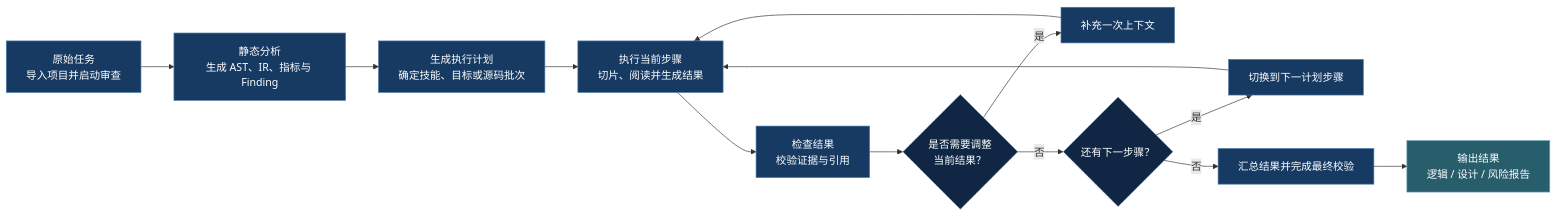
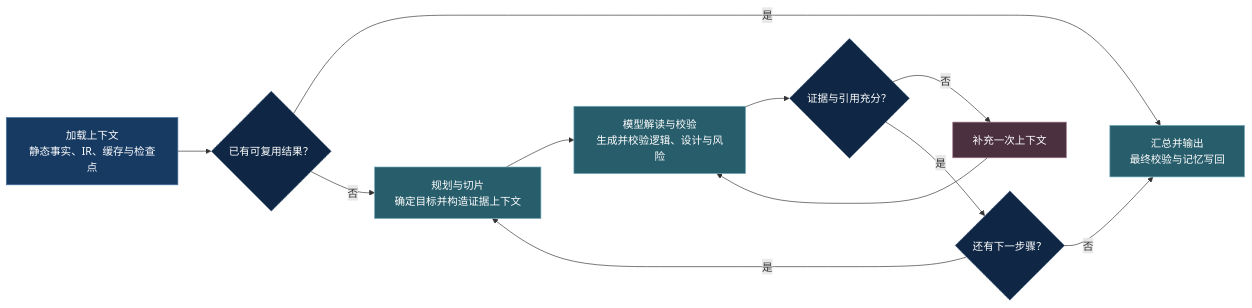
One commit to kane0204/CodeLens changed the third of 5 diagrams in docs/slides/slides.md. Above: the diagram before and after it, drawn with Mermaid. The commit also changed other lines of this file, not shown here.

Commit message:
docs: add end-to-end and agent flow slides

````diff
--- a/docs/slides/slides.md
+++ b/docs/slides/slides.md
@@ -184,22 +203,27 @@
 ```mermaid
 flowchart LR
-    A["原始任务<br/>导入项目并启动审查"] --> B["静态分析<br/>生成 AST、IR、指标与 Finding"]
-    B --> C["生成执行计划<br/>确定技能、目标或源码批次"]
-    C --> D["执行当前步骤<br/>切片、阅读并生成结果"]
-    D --> E["检查结果<br/>校验证据与引用"]
-    E --> F{"是否需要调整<br/>当前结果？"}
-    F -- "是" --> G["补充一次上下文"]
-    G --> D
-    F -- "否" --> H{"还有下一步骤？"}
-    H -- "是" --> I["切换到下一计划步骤"]
-    I --> D
-    H -- "否" --> J["汇总结果并完成最终校验"]
-    J --> K["输出结果<br/>逻辑 / 设计 / 风险报告"]
+    A["加载上下文<br/>静态事实、IR、缓存与检查点"] --> B{"已有可复用结果？"}
 
-    classDef step fill:#173a63,stroke:#4b78a6,color:#fff;
+    B -- "是" --> H["汇总并输出<br/>最终校验与记忆写回"]
+    B -- "否" --> C["规划与切片<br/>确定目标并构造证据上下文"]
+
+    C --> D["模型解读与校验<br/>生成并校验逻辑、设计与风险"]
+    D --> E{"证据与引用充分？"}
+
+    E -- "否" --> F["补充一次上下文"]
+    F --> D
+    E -- "是" --> G{"还有下一步骤？"}
+
+    G -- "是" --> C
+    G -- "否" --> H
+
+    classDef input fill:#173a63,stroke:#4b78a6,color:#fff;
     classDef decision fill:#0f2744,stroke:#7895b2,stroke-dasharray:4 3,color:#fff;
+    classDef repair fill:#4b3040,stroke:#9f7282,color:#fff;
     classDef output fill:#285d6b,stroke:#71a9b8,color:#fff;
-    class A,B,C,D,E,G,I,J step;
-    class F,H decision;
-    class K output;
+
+    class A input;
+    class B,E,G decision;
+    class F repair;
+    class C,D,H output;
 ```
````
